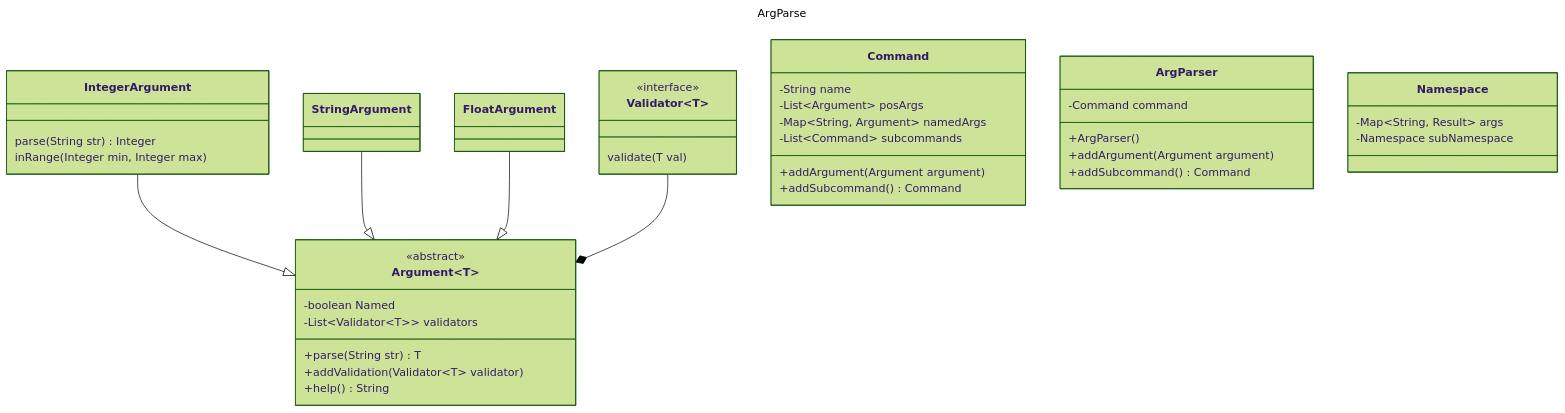
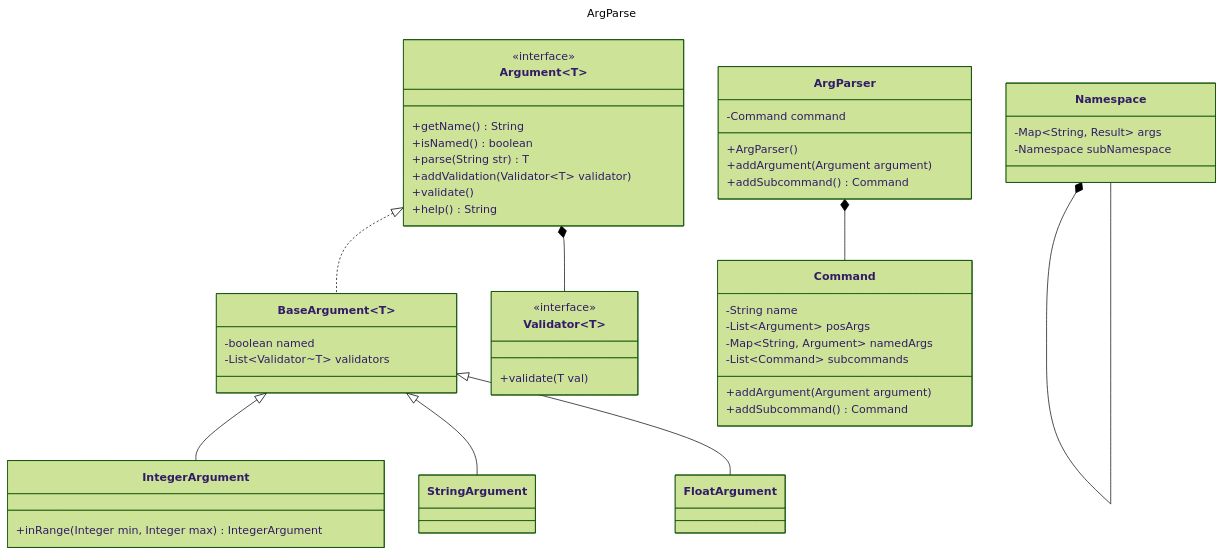
Before and after one commit to nicklasRice/ArgParse: the diagram in design.md, drawn with Mermaid (forest theme).

Commit message:
diagram refactoring

````diff
--- a/design.md
+++ b/design.md
@@ -1,40 +1,45 @@
 ```mermaid
 ---
 title: ArgParse
 ---
 classDiagram
     class Argument~T~ {
-        <<abstract>>
-        -boolean Named
-        -List~Validator~T~~ validators
+        <<interface>>
+        +getName() String
+        +isNamed() boolean
         +parse(String str) T
         +addValidation(Validator~T~ validator)
+        +validate()
         +help() String
     }
-    IntegerArgument --|> Argument~Integer~
-    IntegerArgument: parse(String str) Integer
-    IntegerArgument: inRange(Integer min, Integer max)
-    StringArgument --|> Argument~String~
-    FloatArgument --|> Argument~Float~
-    Validator~T~ --* Argument~T~
+    Argument~T~ <|.. BaseArgument~T~
+    BaseArgument: -boolean named
+    BaseArgument: -List~Validator~T~ validators
+    BaseArgument~Integer~ <|-- IntegerArgument
+    IntegerArgument: +inRange(Integer min, Integer max) IntegerArgument
+    BaseArgument~String~ <|-- StringArgument
+    BaseArgument~Float~ <|-- FloatArgument
+    Argument~T~ *-- Validator~T~
     <<interface>> Validator
-    Validator: validate(T val)
+    Validator: +validate(T val)
+    class ArgParser {
+        -Command command
+        +ArgParser()
+        +addArgument(Argument argument)
+        +addSubcommand() Command
+    }
+    ArgParser *-- Command
     class Command {
         -String name
         -List~Argument~ posArgs
         -Map~String, Argument~ namedArgs
         -List~Command~ subcommands
         +addArgument(Argument argument)
         +addSubcommand() Command
     }
-    class ArgParser {
-        -Command command
-        +ArgParser()
-        +addArgument(Argument argument)
-        +addSubcommand() Command
-    }
     class Namespace {
         -Map~String, Result~ args
         -Namespace subNamespace
     }
+    Namespace *-- Namespace
 ```
````
